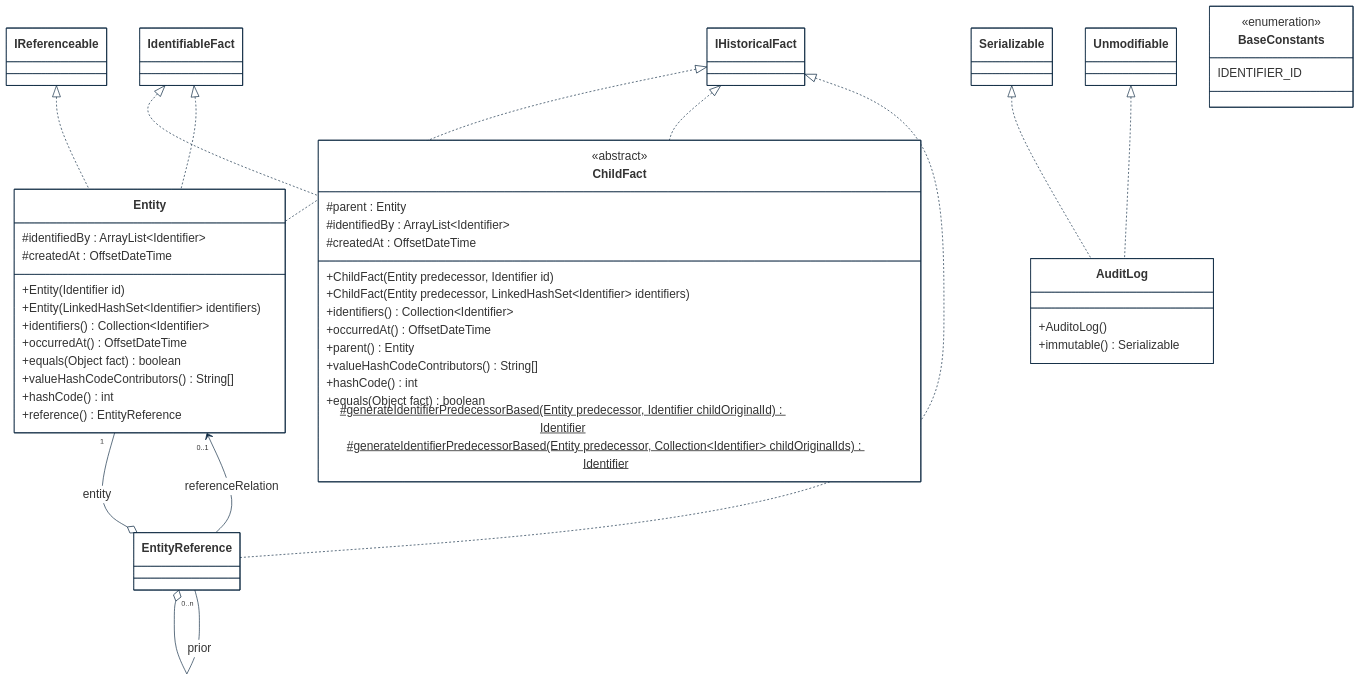
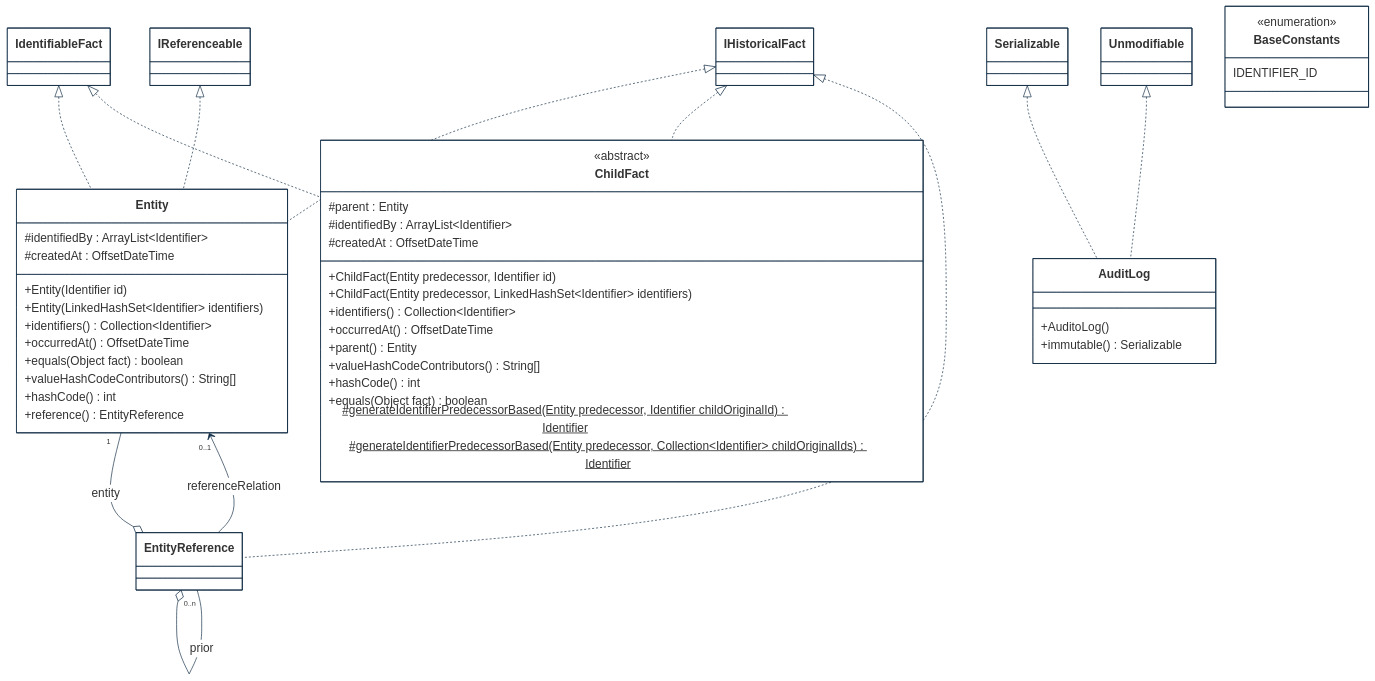
The first of 5 diagrams in implementations-line/framework/immutable/designview-packages.md (cybnity/foundation), drawn with Mermaid before and after one commit. The commit also changed other lines of this file, not shown here.

````diff
--- a/implementations-line/framework/immutable/designview-packages.md
+++ b/implementations-line/framework/immutable/designview-packages.md
@@ -35,71 +35,71 @@
 ```mermaid
 %%{
   init: {
     'theme': 'base',
     'themeVariables': {
         'background': '#ffffff',
         'fontFamily': 'arial',
         'fontSize': '18px',
         'primaryColor': '#fff',
         'primaryBorderColor': '#0e2a43',
         'secondaryBorderColor': '#0e2a43',
         'tertiaryBorderColor': '#0e2a43',
         'edgeLabelBackground':'#0e2a43',
         'lineColor': '#0e2a43',
         'tertiaryColor': '#fff'
     }
   }
 }%%
 classDiagram
+    IdentifiableFact <|.. ChildFact
     IdentifiableFact <|.. Entity
     IHistoricalFact <|.. EntityReference
     IHistoricalFact <|.. ChildFact
-    IdentifiableFact <|.. ChildFact
     Entity "0..1" <-- EntityReference : referenceRelation
     Entity "1" --o EntityReference : entity
     IReferenceable <|.. Entity
     IHistoricalFact <|.. Entity
     Unmodifiable <|.. AuditLog
     Serializable <|.. AuditLog
     EntityReference "0..n" --o EntityReference : prior
 
     class Entity {
         #identifiedBy : ArrayList~Identifier~
         #createdAt : OffsetDateTime
         +Entity(Identifier id)
         +Entity(LinkedHashSet~Identifier~ identifiers)
         +identifiers() Collection~Identifier~
         +occurredAt() OffsetDateTime
         +equals(Object fact) boolean
         +valueHashCodeContributors() String[]
         +hashCode() int
         +reference() EntityReference
     }
     class AuditLog {
         +AuditoLog()
         +immutable() Serializable
     }
     class ChildFact {
         <<abstract>>
         #parent : Entity
         #identifiedBy : ArrayList~Identifier~
         #createdAt : OffsetDateTime
         +ChildFact(Entity predecessor, Identifier id)
         +ChildFact(Entity predecessor, LinkedHashSet~Identifier~ identifiers)
         +identifiers() Collection~Identifier~
         +occurredAt() OffsetDateTime
         +parent() Entity
         +valueHashCodeContributors() String[]
         +hashCode() int
         +equals(Object fact) boolean
         #generateIdentifierPredecessorBased(Entity predecessor, Identifier childOriginalId)$ Identifier
         #generateIdentifierPredecessorBased(Entity predecessor, Collection~Identifier~ childOriginalIds)$ Identifier
     }
     class BaseConstants {
         <<enumeration>>
         IDENTIFIER_ID
     }
     class EntityReference {
     }
 
 ```
````
